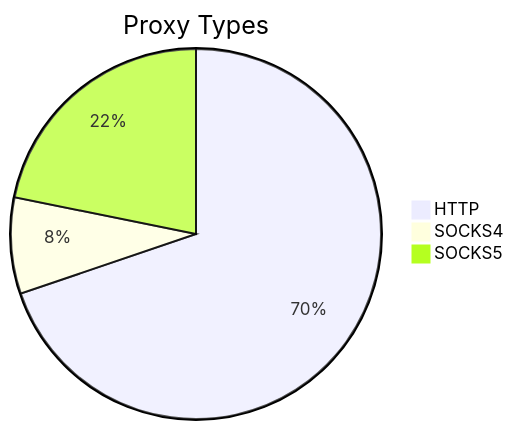
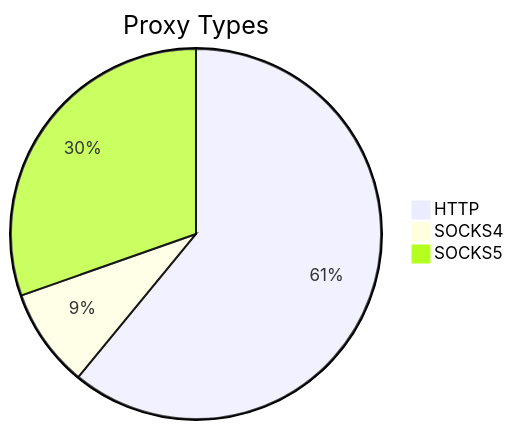
Before and after one commit to stormsia/proxy-list: the first of 2 diagrams in README.md, drawn with Mermaid. The commit also changed other lines of this file, not shown here.

````diff
--- a/README.md
+++ b/README.md
@@ -21,6 +21,6 @@
 ```mermaid
 pie title Proxy Types
-    "HTTP" : 291
-    "SOCKS4" : 35
-    "SOCKS5" : 91
+    "HTTP" : 331
+    "SOCKS4" : 47
+    "SOCKS5" : 165
 ```
````
